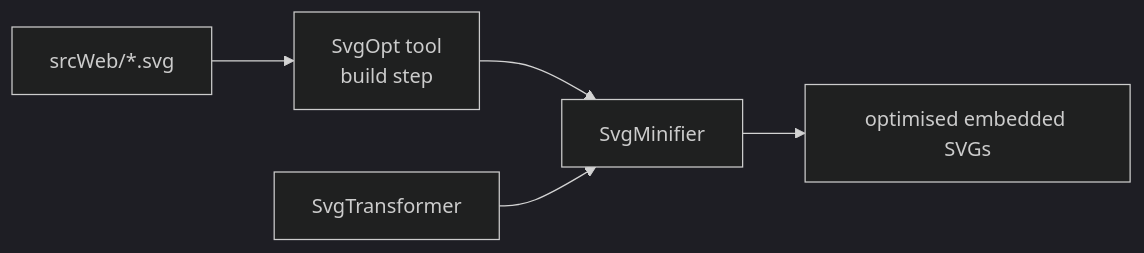
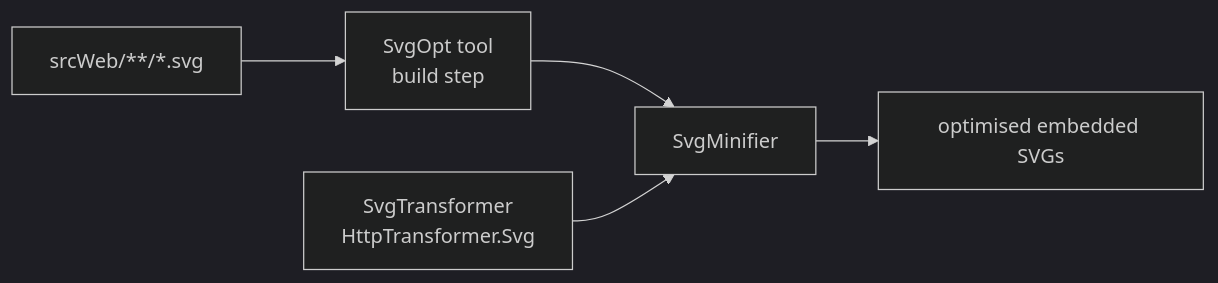
Before and after one commit to dosh1974/SysWeaver: the diagram in SysWeaver.Minifier.Svg/README.md, drawn with Mermaid (dark theme). The commit also changed other lines of this file and 532 other files, not shown here.

````diff
--- a/SysWeaver.Minifier.Svg/README.md
+++ b/SysWeaver.Minifier.Svg/README.md
@@ -18,7 +18,7 @@
 ```mermaid
 flowchart LR
-  Src["srcWeb/*.svg"] --> Tool["SvgOpt tool<br/>build step"]
+  Src["srcWeb/**/*.svg"] --> Tool["SvgOpt tool<br/>build step"]
   Tool --> Min["SvgMinifier"]
   Min --> Emb["optimised embedded SVGs"]
-  Runtime["SvgTransformer"] --> Min
+  Runtime["SvgTransformer<br/>HttpTransformer.Svg"] --> Min
 ```
````
